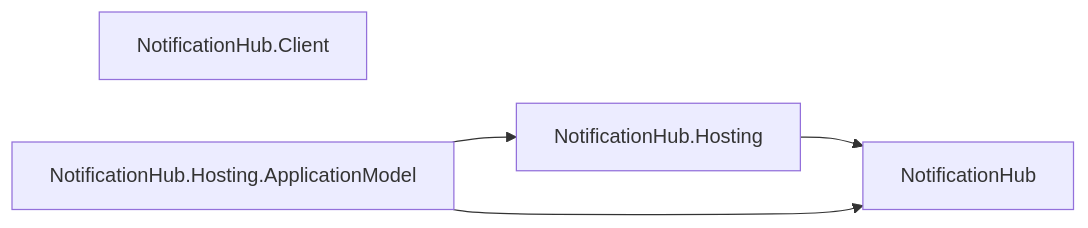
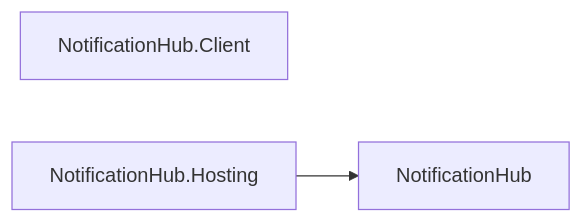
One commit to assimalign/cohesion changed diagram 23 of 27 in docs/DEPENDENCIES.md. Above: the diagram before and after it, drawn with Mermaid. The commit also changed other lines of this file and 144 other files, not shown here.

First line of the commit message:
feat(fabric): add the fabric/ root with base application-model contracts

````diff
--- a/docs/DEPENDENCIES.md
+++ b/docs/DEPENDENCIES.md
@@ -900,10 +901,7 @@
 ```mermaid
 flowchart LR
     N0["NotificationHub"]
     N1["NotificationHub.Client"]
     N2["NotificationHub.Hosting"]
-    N3["NotificationHub.Hosting.ApplicationModel"]
     N2 --> N0
-    N3 --> N0
-    N3 --> N2
 ```
````
